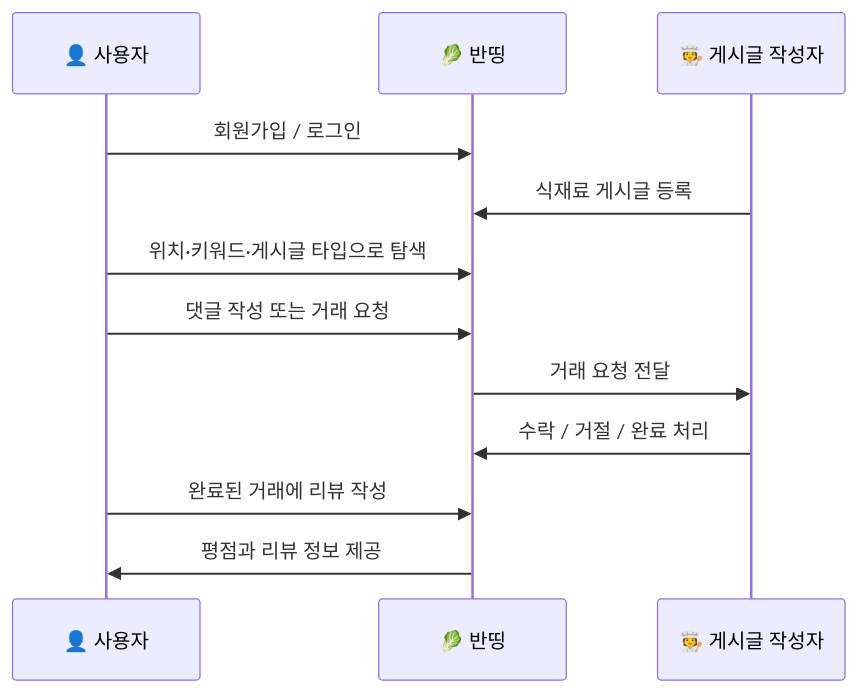
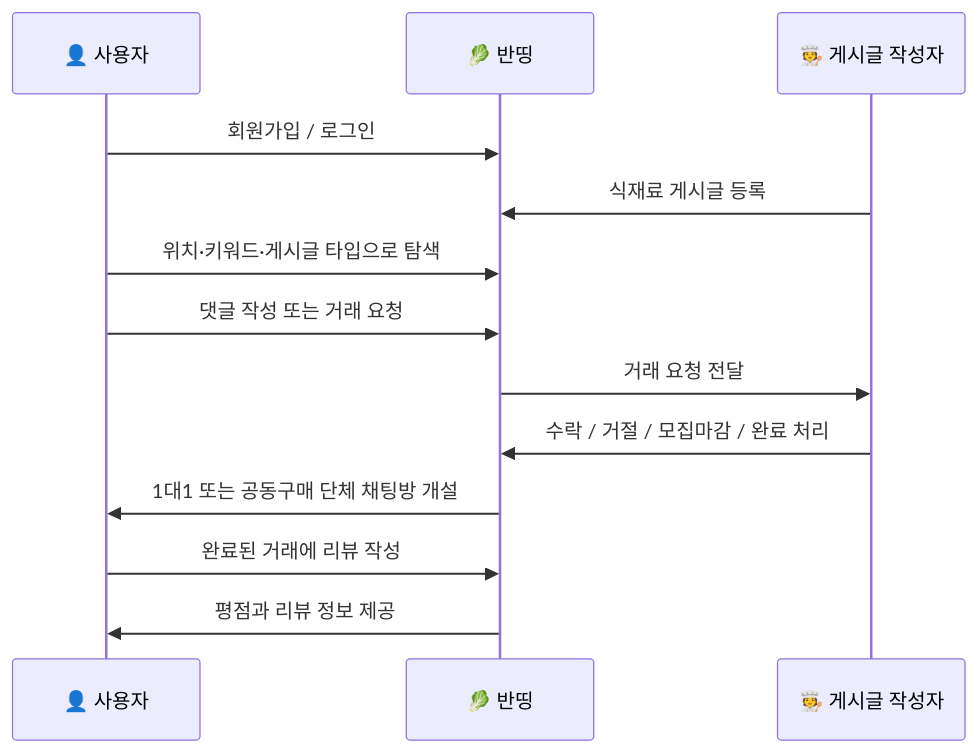
The first of 2 diagrams in README.md (hjs7115/foodshare), drawn with Mermaid before and after one commit. The commit also changed other lines of this file and 35 other files, not shown here.

````diff
--- a/README.md
+++ b/README.md
@@ -70,15 +73,16 @@
 ```mermaid
 sequenceDiagram
     participant 사용자 as 👤 사용자
     participant 반띵 as 🥬 반띵
     participant 작성자 as 🧑‍🍳 게시글 작성자
 
     사용자->>반띵: 회원가입 / 로그인
     작성자->>반띵: 식재료 게시글 등록
     사용자->>반띵: 위치·키워드·게시글 타입으로 탐색
     사용자->>반띵: 댓글 작성 또는 거래 요청
     반띵->>작성자: 거래 요청 전달
-    작성자->>반띵: 수락 / 거절 / 완료 처리
+    작성자->>반띵: 수락 / 거절 / 모집마감 / 완료 처리
+    반띵->>사용자: 1대1 또는 공동구매 단체 채팅방 개설
     사용자->>반띵: 완료된 거래에 리뷰 작성
     반띵->>사용자: 평점과 리뷰 정보 제공
 ```
````
